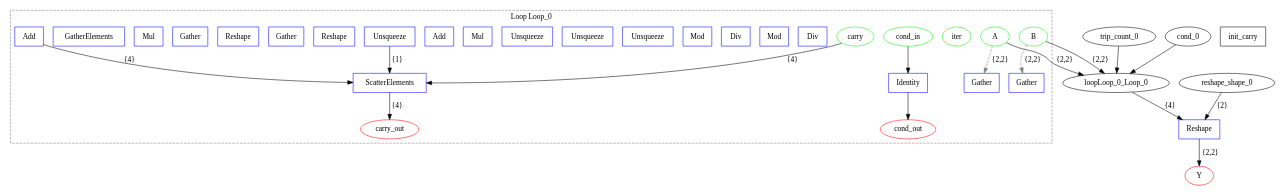
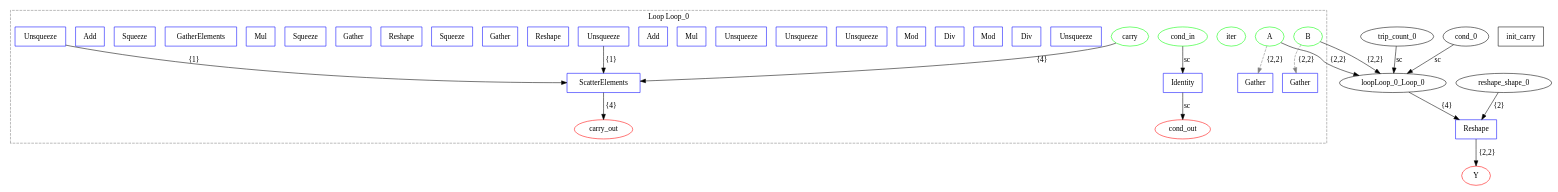
Before and after one commit to specs-feup/onnx-flow: the diagram in examples/onnx/matmul_test.dot, drawn with Graphviz. The commit also changed 52 other files, not shown here.

```diff
--- a/examples/onnx/matmul_test.dot
+++ b/examples/onnx/matmul_test.dot
@@ -1,56 +1,61 @@
 digraph {
   graph [compound=true];
   A [label=A shape=ellipse color="#00FF00"];
   B [label=B shape=ellipse color="#00FF00"];
   init_carry [label=init_carry shape=box];
   subgraph cluster_loop_Loop_0 {
     graph [rankdir=LR compound=true];
     loopLoop_0_iter [label=iter shape=ellipse color="#00FF00"];
     loopLoop_0_cond_in [label=cond_in shape=ellipse color="#00FF00"];
     loopLoop_0_carry [label=carry shape=ellipse color="#00FF00"];
-    loopLoop_0_Div_ij_0 [label=Div shape=box color="#0000FF"];
+    loopLoop_0_unsq_idx [label=Unsqueeze shape=box color="#0000FF"];
+    loopLoop_0_Div_i_0 [label=Div shape=box color="#0000FF"];
+    loopLoop_0_Mod_rem_0 [label=Mod shape=box color="#0000FF"];
+    loopLoop_0_Div_j_0 [label=Div shape=box color="#0000FF"];
     loopLoop_0_Mod_k_0 [label=Mod shape=box color="#0000FF"];
-    loopLoop_0_Div_i_0 [label=Div shape=box color="#0000FF"];
-    loopLoop_0_Mod_j_0 [label=Mod shape=box color="#0000FF"];
     loopLoop_0_iU_0 [label=Unsqueeze shape=box color="#0000FF"];
     loopLoop_0_jU_0 [label=Unsqueeze shape=box color="#0000FF"];
     loopLoop_0_kU_0 [label=Unsqueeze shape=box color="#0000FF"];
     loopLoop_0_iMulN_0 [label=Mul shape=box color="#0000FF"];
     loopLoop_0_flat_0 [label=Add shape=box color="#0000FF"];
     loopLoop_0_flatU_0 [label=Unsqueeze shape=box color="#0000FF"];
     loopLoop_0_flatU_0 -> loopLoop_0_scatter [label="{1}"];
     loopLoop_0_a_row_0 [label=Gather shape=box color="#0000FF"];
     loopLoop_0_reshape_a_vec_0 [label=Reshape shape=box color="#0000FF"];
     loopLoop_0_a_pick_0 [label=Gather shape=box color="#0000FF"];
+    loopLoop_0_sq_a_sq_0 [label=Squeeze shape=box color="#0000FF"];
     loopLoop_0_b_col_0 [label=Gather shape=box color="#0000FF"];
     loopLoop_0_reshape_b_vec_0 [label=Reshape shape=box color="#0000FF"];
     loopLoop_0_b_pick_0 [label=Gather shape=box color="#0000FF"];
+    loopLoop_0_sq_b_sq_0 [label=Squeeze shape=box color="#0000FF"];
     loopLoop_0_mul_0 [label=Mul shape=box color="#0000FF"];
     loopLoop_0_prev_0 [label=GatherElements shape=box color="#0000FF"];
+    loopLoop_0_sq_prev_sq_0 [label=Squeeze shape=box color="#0000FF"];
     loopLoop_0_acc_0 [label=Add shape=box color="#0000FF"];
-    loopLoop_0_acc_0 -> loopLoop_0_scatter [label="{4}"];
+    loopLoop_0_updateUnsq [label=Unsqueeze shape=box color="#0000FF"];
+    loopLoop_0_updateUnsq -> loopLoop_0_scatter [label="{1}"];
     loopLoop_0_scatter [label=ScatterElements shape=box color="#0000FF"];
     loopLoop_0_id_cond [label=Identity shape=box color="#0000FF"];
     loopLoop_0_cond_out [label=cond_out shape=ellipse color="#FF0000"];
     loopLoop_0_carry_out [label=carry_out shape=ellipse color="#FF0000"];
     loopLoop_0_carry -> loopLoop_0_scatter [label="{4}"];
-    loopLoop_0_cond_in -> loopLoop_0_id_cond [label=""];
+    loopLoop_0_cond_in -> loopLoop_0_id_cond [label=sc];
     loopLoop_0_scatter -> loopLoop_0_carry_out [label="{4}"];
-    loopLoop_0_id_cond -> loopLoop_0_cond_out [label=""];
+    loopLoop_0_id_cond -> loopLoop_0_cond_out [label=sc];
     A -> loopLoop_0_a_row_0 [style=dashed color=gray label="{2,2}"];
     B -> loopLoop_0_b_col_0 [style=dashed color=gray label="{2,2}"];
     graph [label="Loop Loop_0"];
     graph [style=dashed];
     graph [color=gray];
   }
 
   Y [label=Y shape=ellipse color="#FF0000"];
   loopLoop_0_Loop_0 -> reshape_0 [label="{4}" ltail=cluster_loop_Loop_0];
   reshape_0 [label=Reshape shape=box color="#0000FF"];
   A -> loopLoop_0_Loop_0 [label="{2,2}" lhead=cluster_loop_Loop_0];
   reshape_shape_0 -> reshape_0 [label="{2}"];
   reshape_0 -> Y [label="{2,2}"];
   B -> loopLoop_0_Loop_0 [label="{2,2}" lhead=cluster_loop_Loop_0];
-  trip_count_0 -> loopLoop_0_Loop_0 [label="" lhead=cluster_loop_Loop_0];
-  cond_0 -> loopLoop_0_Loop_0 [label="" lhead=cluster_loop_Loop_0];
+  trip_count_0 -> loopLoop_0_Loop_0 [label=sc lhead=cluster_loop_Loop_0];
+  cond_0 -> loopLoop_0_Loop_0 [label=sc lhead=cluster_loop_Loop_0];
 }
```
